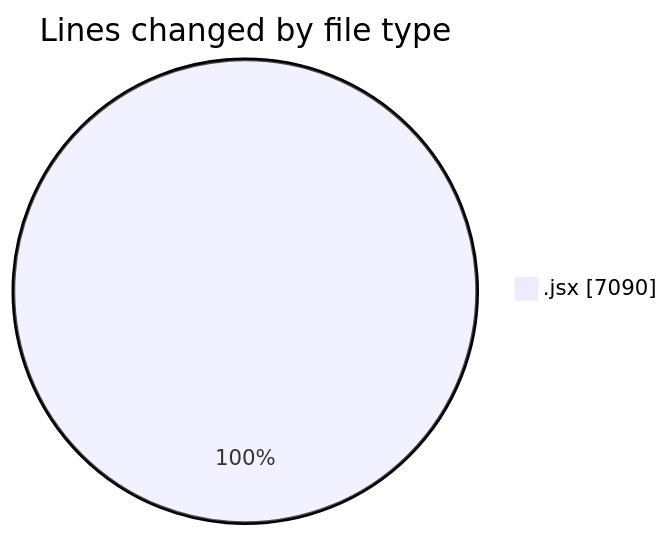
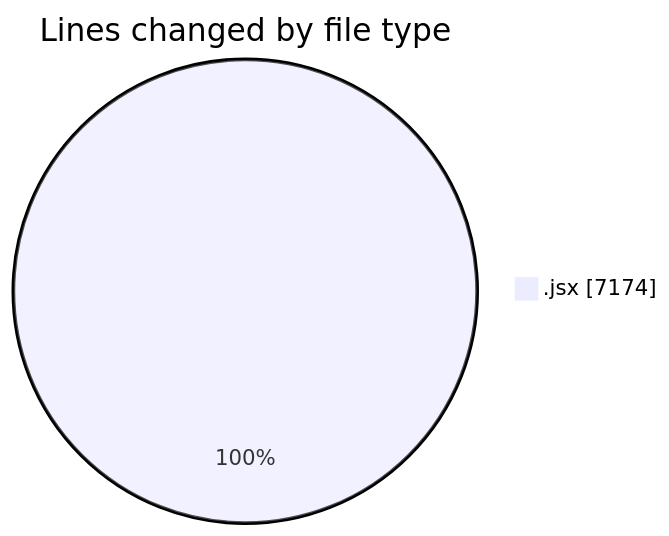
Before and after one commit to nxtqubesakshisongat/code-tracking: the first of 2 diagrams in 2025-05-14/argos-dev/README.md, drawn with Mermaid. The commit also changed other lines of this file and 1 other file, not shown here.

````diff
--- a/2025-05-14/argos-dev/README.md
+++ b/2025-05-14/argos-dev/README.md
@@ -28,5 +28,5 @@
 ```mermaid
 pie showData
 title Lines changed by file type
-".jsx" : 7090
+".jsx" : 7174
 ```
````
